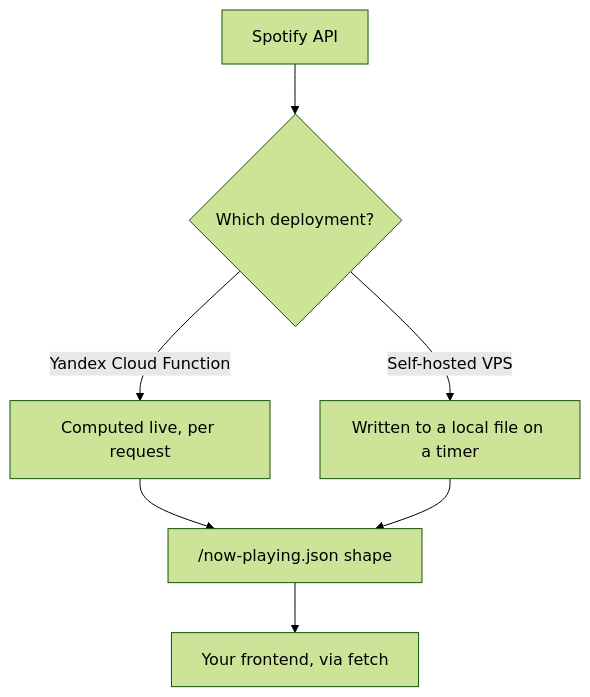
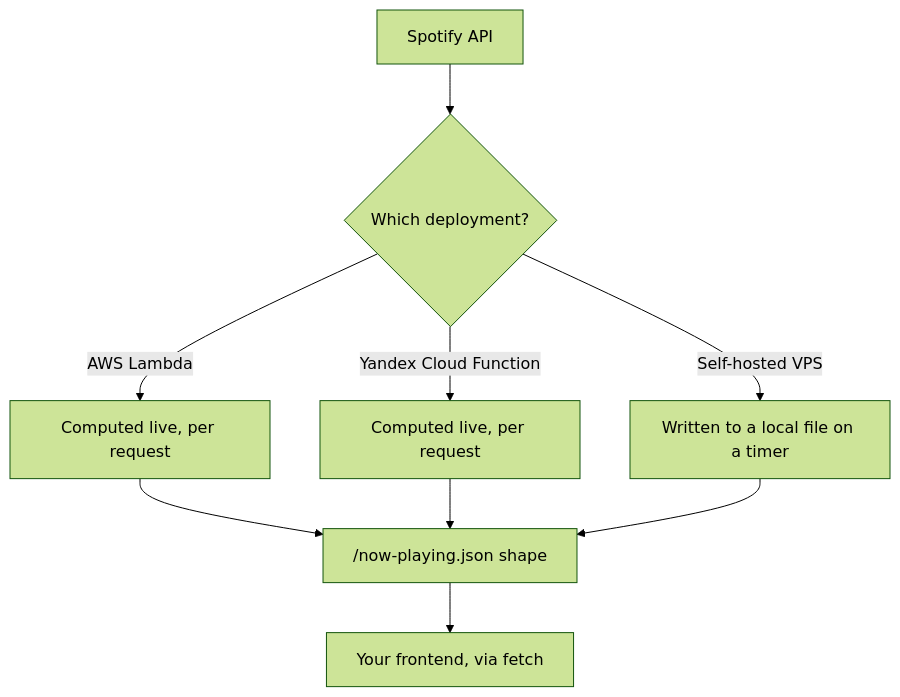
One commit to thatguynikita/spotify-now-playing changed the diagram in README.md. Above: the diagram before and after it, drawn with Mermaid (forest theme). The commit also changed other lines of this file and 2 other files, not shown here.

First line of the commit message:
Add AWS Lambda as a third deployment target, documented first

````diff
--- a/README.md
+++ b/README.md
@@ -10,9 +10,11 @@
 ```mermaid
 flowchart TD
     Spotify[Spotify API] --> Deploy{Which deployment?}
-    Deploy -->|Yandex Cloud Function| Live[Computed live, per request]
+    Deploy -->|AWS Lambda| LiveAWS[Computed live, per request]
+    Deploy -->|Yandex Cloud Function| LiveYC[Computed live, per request]
     Deploy -->|Self-hosted VPS| File[Written to a local file on a timer]
-    Live --> JSON["/now-playing.json shape"]
+    LiveAWS --> JSON["/now-playing.json shape"]
+    LiveYC --> JSON
     File --> JSON
     JSON --> Frontend[Your frontend, via fetch]
 ```
````
